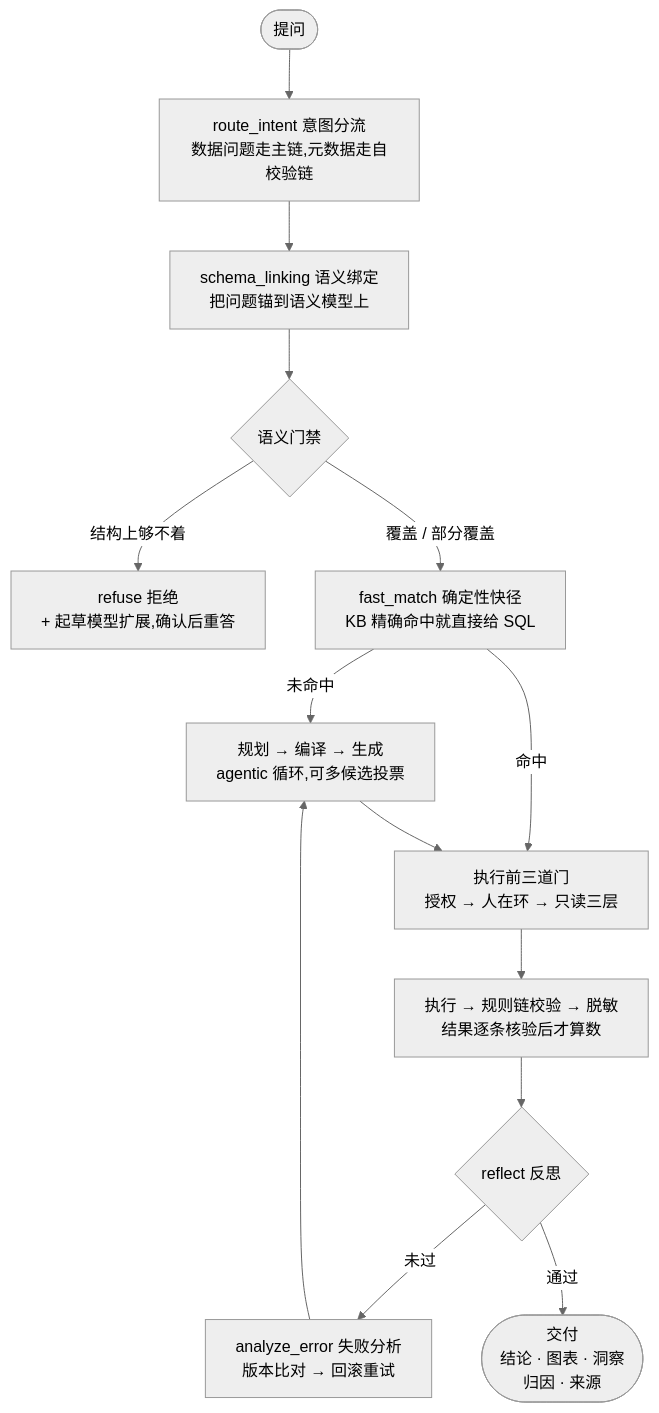
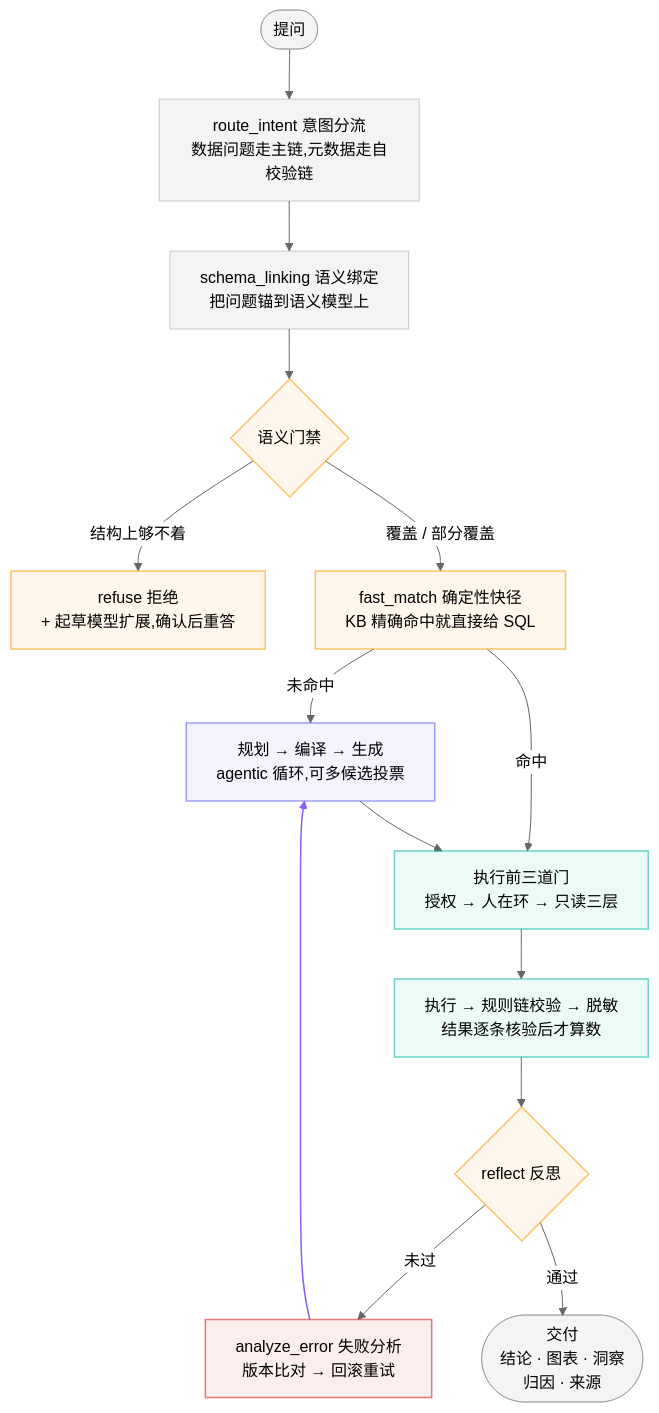
One commit to Nivane/trove changed the second of 4 diagrams in README.md. Above: the diagram before and after it, drawn with Mermaid (neutral theme). The commit also changed other lines of this file and 5 other files, not shown here.

First line of the commit message:
docs(arch): 架构图专业视觉升级 —— 半透明分区/阶段配色 + 窄屏长 token 断行修复

````diff
--- a/README.md
+++ b/README.md
@@ -86,16 +97,24 @@
 ```mermaid
 flowchart TB
-    Q(["提问"]) --> ROUTE["route_intent 意图分流<br/>数据问题走主链,元数据走自校验链"]
-    ROUTE --> SL["schema_linking 语义绑定<br/>把问题锚到语义模型上"]
-    SL --> GATE{"语义门禁"}
-    GATE -->|"结构上够不着"| REFUSE["refuse 拒绝<br/>+ 起草模型扩展,确认后重答"]
-    GATE -->|"覆盖 / 部分覆盖"| FAST["fast_match 确定性快径<br/>KB 精确命中就直接给 SQL"]
-    FAST -->|"未命中"| GEN["规划 → 编译 → 生成<br/>agentic 循环,可多候选投票"]
-    FAST -->|"命中"| EXEC["执行前三道门<br/>授权 → 人在环 → 只读三层"]
+    %% 与站点架构页同一套阶段配色:路由/出口 zinc · 门禁 amber · 生成 indigo ·
+    %% 执行与校验 teal · 失败分析 红;低透明度填充 + 实色描边,亮暗两档同源
+    Q(["提问"]):::entry --> ROUTE["route_intent 意图分流<br/>数据问题走主链,元数据走自校验链"]:::entry
+    ROUTE --> SL["schema_linking 语义绑定<br/>把问题锚到语义模型上"]:::entry
+    SL --> GATE{"语义门禁"}:::gate
+    GATE -->|"结构上够不着"| REFUSE["refuse 拒绝<br/>+ 起草模型扩展,确认后重答"]:::gate
+    GATE -->|"覆盖 / 部分覆盖"| FAST["fast_match 确定性快径<br/>KB 精确命中就直接给 SQL"]:::gate
+    FAST -->|"未命中"| GEN["规划 → 编译 → 生成<br/>agentic 循环,可多候选投票"]:::gen
+    FAST -->|"命中"| EXEC["执行前三道门<br/>授权 → 人在环 → 只读三层"]:::exec
     GEN --> EXEC
-    EXEC --> VAL["执行 → 规则链校验 → 脱敏<br/>结果逐条核验后才算数"]
-    VAL --> RE{"reflect 反思"}
-    RE -->|"未过"| RB["analyze_error 失败分析<br/>版本比对 → 回滚重试"]
+    EXEC --> VAL["执行 → 规则链校验 → 脱敏<br/>结果逐条核验后才算数"]:::exec
+    VAL --> RE{"reflect 反思"}:::gate
+    RE -->|"未过"| RB["analyze_error 失败分析<br/>版本比对 → 回滚重试"]:::err
     RB --> GEN
-    RE -->|"通过"| OUT(["交付<br/>结论 · 图表 · 洞察<br/>归因 · 来源"])
+    RE -->|"通过"| OUT(["交付<br/>结论 · 图表 · 洞察<br/>归因 · 来源"]):::entry
+    classDef entry fill:#71717a14,stroke:#71717a59,stroke-width:1px;
+    classDef gate fill:#f59e0b14,stroke:#f59e0b99,stroke-width:1.5px;
+    classDef gen fill:#6366f114,stroke:#6366f199,stroke-width:1.5px;
+    classDef exec fill:#14b8a614,stroke:#14b8a699,stroke-width:1.5px;
+    classDef err fill:#dc262614,stroke:#dc262699,stroke-width:1.5px;
+    linkStyle 11 stroke:#8b5cf6,stroke-width:1.5px
 ```
````
